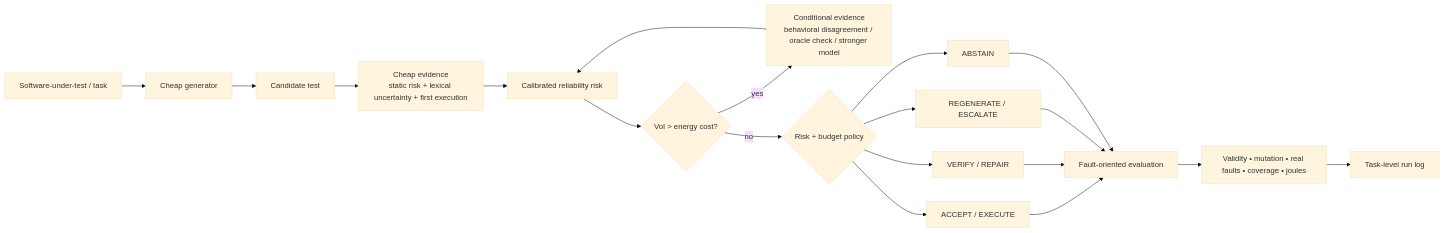
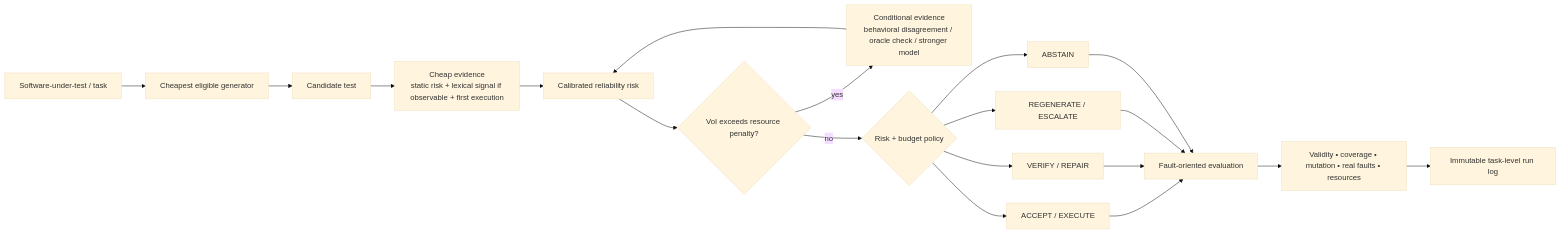
One commit to Rocky5502/GreenUTest changed the diagram in README.md. Above: the diagram before and after it, drawn with Mermaid (base theme). The commit also changed other lines of this file and 28 other files, not shown here.

````diff
--- a/README.md
+++ b/README.md
@@ -39,21 +42,21 @@
 ```mermaid
 flowchart LR
-    A[Software-under-test / task] --> B[Cheap generator]
+    A[Software-under-test / task] --> B[Cheapest eligible generator]
     B --> C[Candidate test]
-    C --> D[Cheap evidence\nstatic risk + lexical uncertainty + first execution]
+    C --> D[Cheap evidence\nstatic risk + lexical signal if observable + first execution]
     D --> E[Calibrated reliability risk]
-    E --> F{VoI > energy cost?}
+    E --> F{VoI exceeds resource penalty?}
     F -- yes --> G[Conditional evidence\nbehavioral disagreement / oracle check / stronger model]
     G --> E
     F -- no --> H{Risk + budget policy}
     H --> I[ACCEPT / EXECUTE]
     H --> J[VERIFY / REPAIR]
     H --> K[REGENERATE / ESCALATE]
     H --> L[ABSTAIN]
     I --> M[Fault-oriented evaluation]
     J --> M
     K --> M
     L --> M
-    M --> N[Validity • mutation • real faults • coverage • joules]
-    N --> O[Task-level run log]
+    M --> N[Validity • coverage • mutation • real faults • resources]
+    N --> O[Immutable task-level run log]
 ```
````
